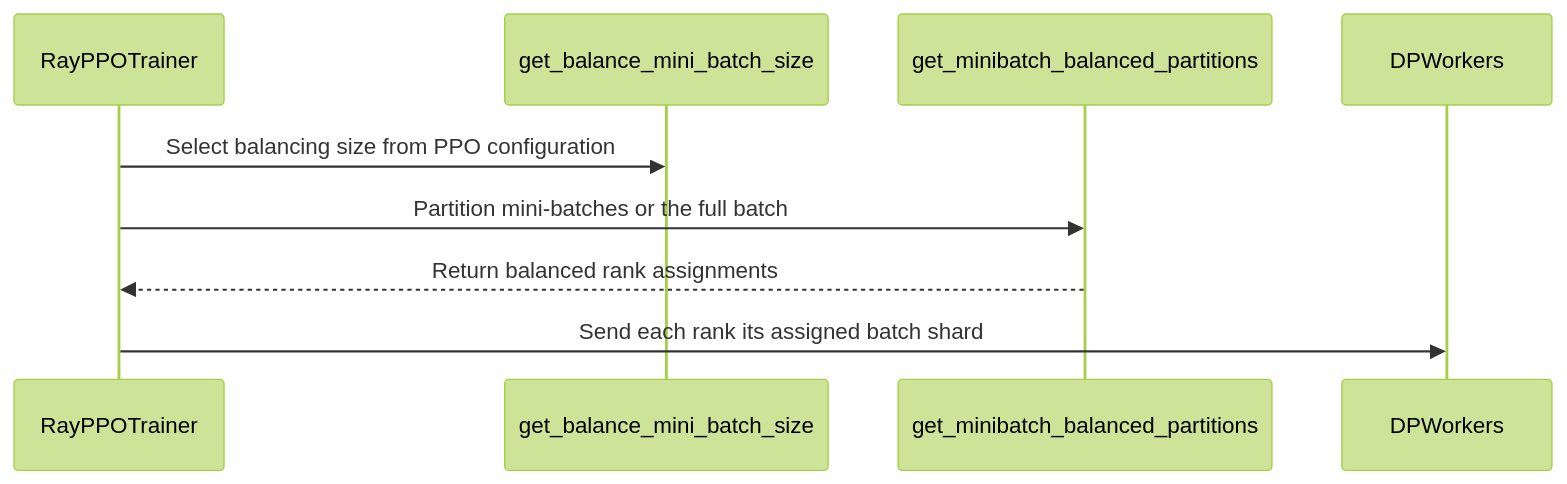
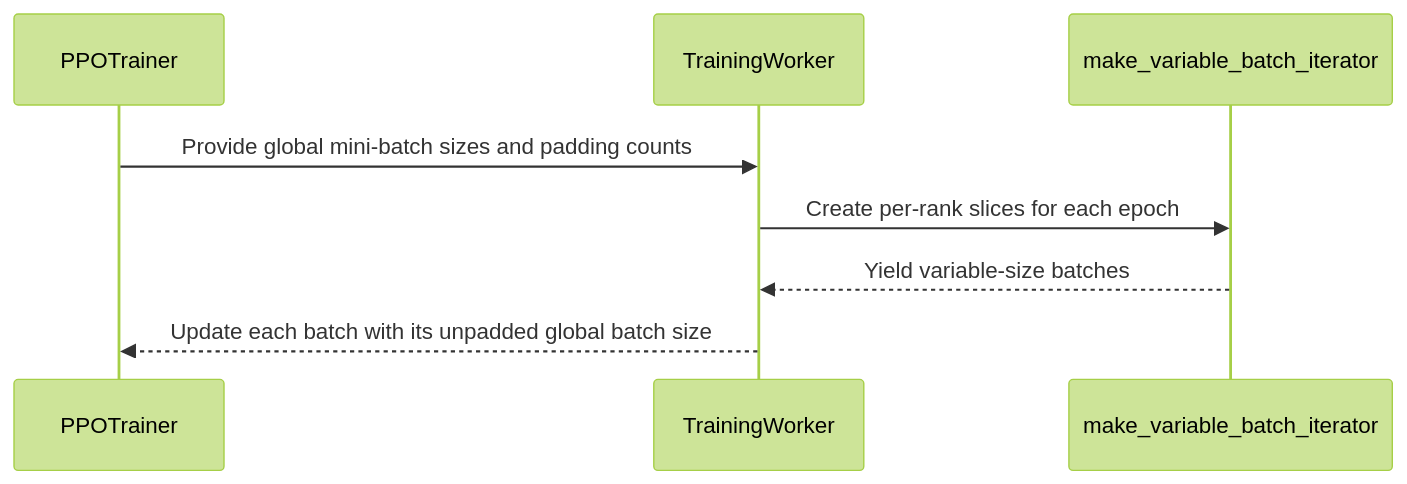
Before and after one commit to yuguo-Jack/HCU-TrainFlow: the diagram in knowledge/projects/verl/knowledgebase/upstream/prs/verl-project--verl/PR-8201.md, drawn with Mermaid (forest theme). The commit also changed other lines of this file and 42044 other files, not shown here.

````diff
--- a/knowledge/projects/verl/knowledgebase/upstream/prs/verl-project--verl/PR-8201.md
+++ b/knowledge/projects/verl/knowledgebase/upstream/prs/verl-project--verl/PR-8201.md
@@ -280,11 +416,10 @@
 ```mermaid
 sequenceDiagram
-  participant RayPPOTrainer
-  participant get_balance_mini_batch_size
-  participant get_minibatch_balanced_partitions
-  participant DPWorkers
-  RayPPOTrainer->>get_balance_mini_batch_size: Select balancing size from PPO configuration
-  RayPPOTrainer->>get_minibatch_balanced_partitions: Partition mini-batches or the full batch
-  get_minibatch_balanced_partitions-->>RayPPOTrainer: Return balanced rank assignments
-  RayPPOTrainer->>DPWorkers: Send each rank its assigned batch shard
+  participant PPOTrainer
+  participant TrainingWorker
+  participant make_variable_batch_iterator
+  PPOTrainer->>TrainingWorker: Provide global mini-batch sizes and padding counts
+  TrainingWorker->>make_variable_batch_iterator: Create per-rank slices for each epoch
+  make_variable_batch_iterator-->>TrainingWorker: Yield variable-size batches
+  TrainingWorker-->>PPOTrainer: Update each batch with its unpadded global batch size
 ```
````
